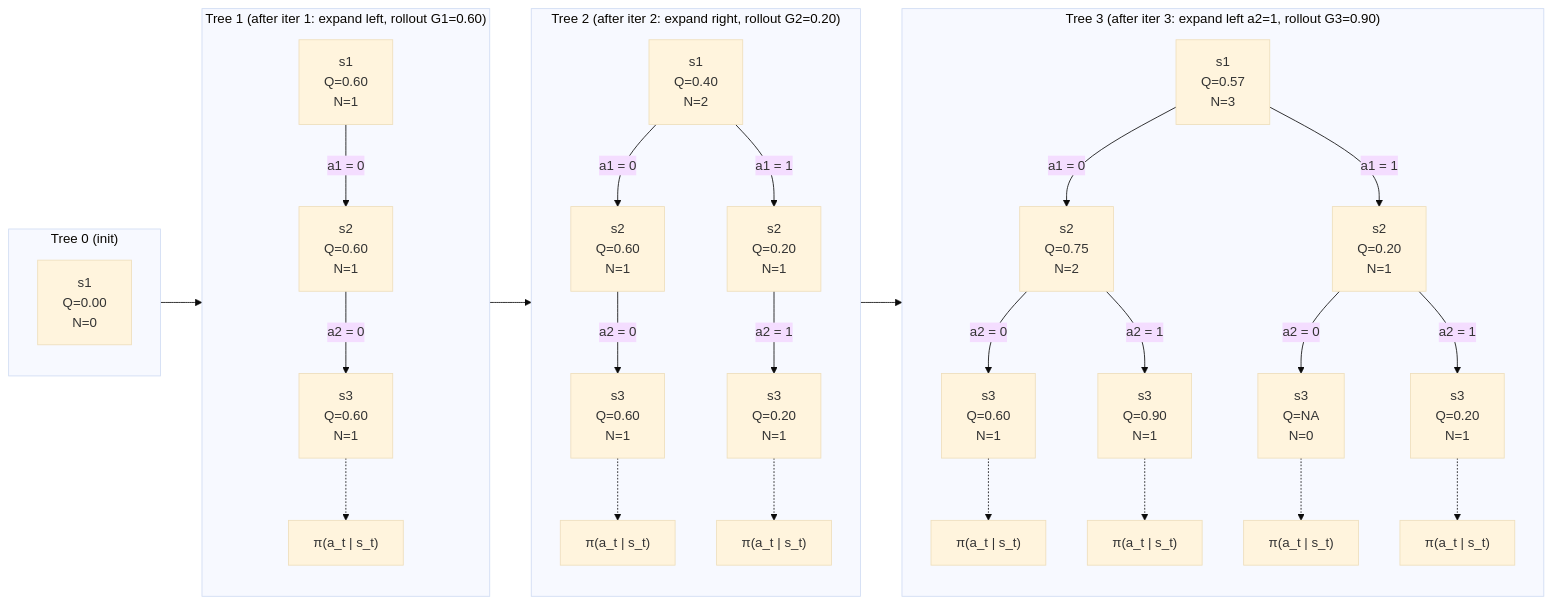
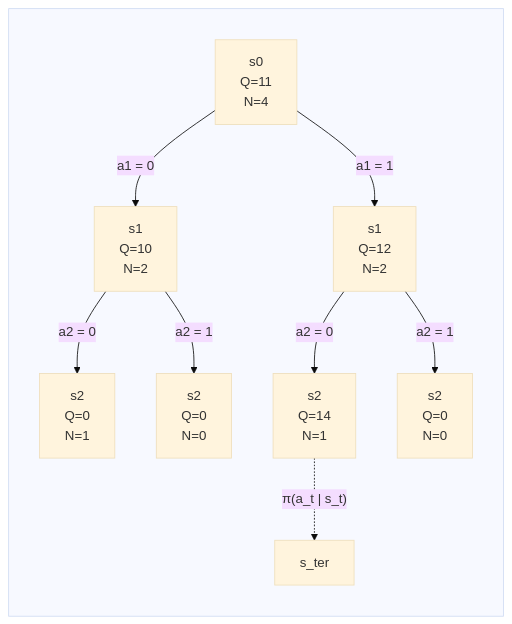
One commit to Jaehyun-Jeong/Jaehyun-Jeong.github.io changed the eighth of 8 diagrams in _posts/2025-09-24-monte-carlo-tree-search.md. Above: the diagram before and after it, drawn with Mermaid (base theme). The commit also changed other lines of this file and 1 other file, not shown here.

```diff
--- a/_posts/2025-09-24-monte-carlo-tree-search.md
+++ b/_posts/2025-09-24-monte-carlo-tree-search.md
@@ -81,59 +233,15 @@
-<pre class="mermaid">
-flowchart LR
-
-%% ================== Tree 0: 초기 ==================
-subgraph T0["Tree 0 (init)"]
-direction TB
-  t0_s1["s1<br/>Q=0.00<br/>N=0"]
-end
-
-%% ================== Tree 1: 1회차 - 좌측 확장 ==================
-subgraph T1["Tree 1 (after iter 1: expand left, rollout G1=0.60)"]
-direction TB
-  t1_s1["s1<br/>Q=0.60<br/>N=1"]
-  t1_s1 -->|a1 = 0| t1_s2L["s2<br/>Q=0.60<br/>N=1"]
-  t1_s2L -->|a2 = 0| t1_s3L0["s3<br/>Q=0.60<br/>N=1"]
-  t1_pi1["π(a_t &#124; s_t)"]
-  t1_s3L0 -.-> t1_pi1
-end
-
-%% ================== Tree 2: 2회차 - 우측 확장 ==================
-subgraph T2["Tree 2 (after iter 2: expand right, rollout G2=0.20)"]
-direction TB
-  t2_s1["s1<br/>Q=0.40<br/>N=2"]
-  t2_s1 -->|a1 = 0| t2_s2L["s2<br/>Q=0.60<br/>N=1"]
-  t2_s1 -->|a1 = 1| t2_s2R["s2<br/>Q=0.20<br/>N=1"]
-  t2_s2L -->|a2 = 0| t2_s3L0["s3<br/>Q=0.60<br/>N=1"]
-  t2_s2R -->|a2 = 1| t2_s3R1["s3<br/>Q=0.20<br/>N=1"]
-  t2_pi1["π(a_t &#124; s_t)"]
-  t2_pi2["π(a_t &#124; s_t)"]
-  t2_s3L0 -.-> t2_pi1
-  t2_s3R1 -.-> t2_pi2
-end
-
-%% ================== Tree 3: 3회차 - 좌측 a2=1 확장 ==================
-subgraph T3["Tree 3 (after iter 3: expand left a2=1, rollout G3=0.90)"]
-direction TB
-  t3_s1["s1<br/>Q=0.57<br/>N=3"]
-  t3_s1 -->|a1 = 0| t3_s2L["s2<br/>Q=0.75<br/>N=2"]
-  t3_s1 -->|a1 = 1| t3_s2R["s2<br/>Q=0.20<br/>N=1"]
-
-  t3_s2L -->|a2 = 0| t3_s3L0["s3<br/>Q=0.60<br/>N=1"]
-  t3_s2L -->|a2 = 1| t3_s3L1["s3<br/>Q=0.90<br/>N=1"]
-
-  t3_s2R -->|a2 = 0| t3_s3R0["s3<br/>Q=NA<br/>N=0"]
-  t3_s2R -->|a2 = 1| t3_s3R1["s3<br/>Q=0.20<br/>N=1"]
-
-  t3_pi1["π(a_t &#124; s_t)"]
-  t3_pi2["π(a_t &#124; s_t)"]
-  t3_pi3["π(a_t &#124; s_t)"]
-  t3_pi4["π(a_t &#124; s_t)"]
-  t3_s3L0 -.-> t3_pi1
-  t3_s3L1 -.-> t3_pi2
-  t3_s3R0 -.-> t3_pi3
-  t3_s3R1 -.-> t3_pi4
-end
-
-%% ---- 스냅샷 간 진행 (트리 -> 트리 -> 트리 -> 트리) ----
-t0_s1 --> t1_s1 --> t2_s1 --> t3_s1
-</pre>
+    <div class="mermaid">
+    %%{init:{'flowchart':{'useMaxWidth':false,'htmlLabels':true}}}%%
+    flowchart TB
+      subgraph T6[" "]
+      direction TB
+        t6_s0["s0<br/>Q=11<br/>N=4"]
+        t6_s0 -->|a1 = 0| t6_s1L["s1<br/>Q=10<br/>N=2"]
+        t6_s0 -->|a1 = 1| t6_s1R["s1<br/>Q=12<br/>N=2"]
+        t6_s1L -->|a2 = 0| t6_s2LL["s2<br/>Q=0<br/>N=1"]
+        t6_s1L -->|a2 = 1| t6_s2LR["s2<br/>Q=0<br/>N=0"]
+        t6_s1R -->|a2 = 0| t6_s2RL["s2<br/>Q=14<br/>N=1"]
+        t6_s1R -->|a2 = 1| t6_s2RR["s2<br/>Q=0<br/>N=0"]
+        t6_s2RL -.->|"π(a_t &#124; s_t)"| t6_terL["s_ter"]
+      end
+    </div>
```
